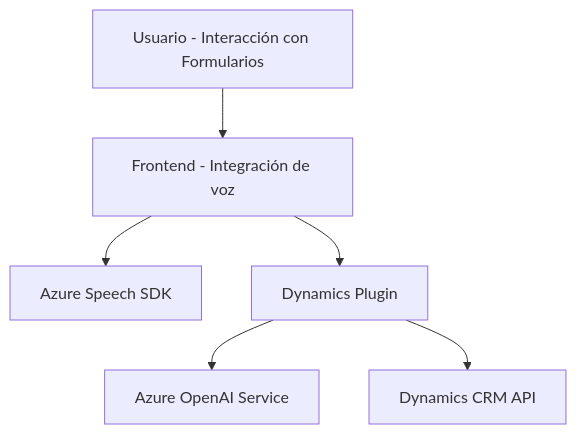
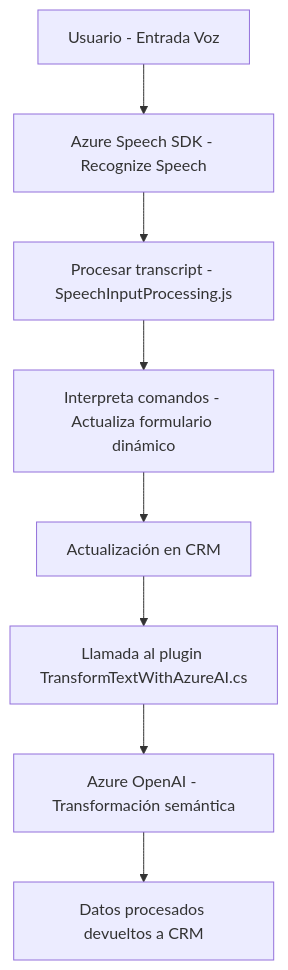
The diagram in README.md (blopezdm/NETCORE_BILBAO2025), drawn with Mermaid before and after one commit. The commit also changed other lines of this file, not shown here.

Commit message:
Actualizar análisis global de la solución con IA

````diff
--- a/README.md
+++ b/README.md
@@ -54,15 +47,10 @@
 ```mermaid
 graph TD
-  A["Usuario - Interacción con Formularios"]
-  B["Frontend - Integración de voz"]
-  C["Azure Speech SDK"]
-  D["Dynamics Plugin"]
-  E["Azure OpenAI Service"]
-  F["Dynamics CRM API"]
-  
-  A --> B
-  B --> C
-  D --> E
-  B --> D
-  D --> F
+  A["Usuario - Entrada Voz"] --> B["Azure Speech SDK - Recognize Speech"]
+  B --> C["Procesar transcript - SpeechInputProcessing.js"]
+  C --> D["Interpreta comandos - Actualiza formulario dinámico"]
+  D --> E["Actualización en CRM"]
+  E --> F["Llamada al plugin TransformTextWithAzureAI.cs"]
+  F --> G["Azure OpenAI - Transformación semántica"]
+  G --> H["Datos procesados devueltos a CRM"]
 ```
````
